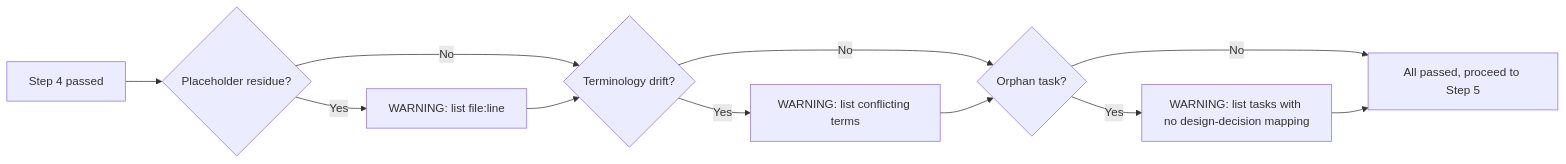
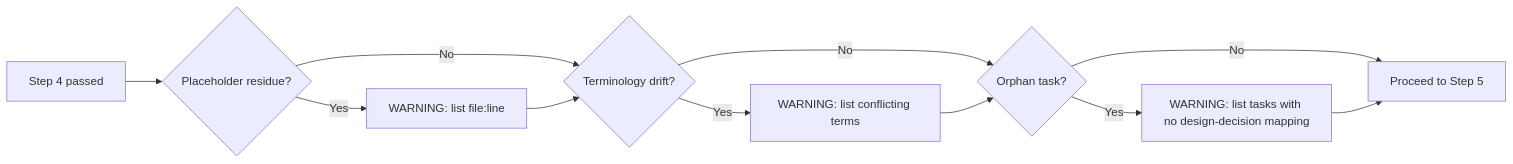
The third of 5 diagrams in fibo-writing-plan/SKILL.md (Alenkz12/FiboSkills), drawn with Mermaid before and after one commit. The commit also changed other lines of this file and 96 other files, not shown here.

````diff
--- a/fibo-writing-plan/SKILL.md
+++ b/fibo-writing-plan/SKILL.md
@@ -128,13 +157,13 @@
 ```mermaid
 flowchart LR
-  S4OK[Step 4 passed] --> W1{Placeholder residue?}
-  W1 -->|Yes| WARN1[WARNING: list file:line]
-  W1 -->|No| W2{Terminology drift?}
-  WARN1 --> W2
-  W2 -->|Yes| WARN2[WARNING: list conflicting terms]
-  W2 -->|No| W3{Orphan task?}
-  WARN2 --> W3
-  W3 -->|Yes| WARN3[WARNING: list tasks with no design-decision mapping]
-  W3 -->|No| OK[All passed, proceed to Step 5]
-  WARN3 --> OK
+  hard_review_passed_001["Step 4 passed"] --> placeholder_check_002{"Placeholder residue?"}
+  placeholder_check_002 -->|Yes| placeholder_warning_003["WARNING: list file:line"]
+  placeholder_check_002 -->|No| terminology_check_004{"Terminology drift?"}
+  placeholder_warning_003 --> terminology_check_004
+  terminology_check_004 -->|Yes| terminology_warning_005["WARNING: list conflicting terms"]
+  terminology_check_004 -->|No| orphan_check_006{"Orphan task?"}
+  terminology_warning_005 --> orphan_check_006
+  orphan_check_006 -->|Yes| orphan_warning_007["WARNING: list tasks with no design-decision mapping"]
+  orphan_check_006 -->|No| soft_review_passed_008["Proceed to Step 5"]
+  orphan_warning_007 --> soft_review_passed_008
 ```
````
